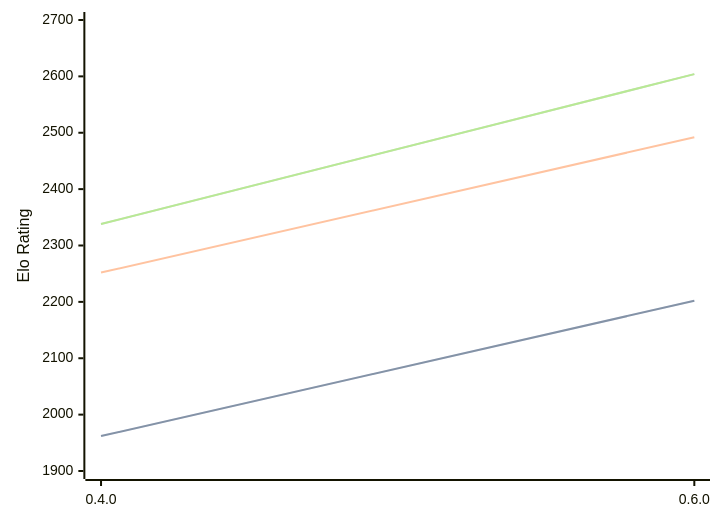
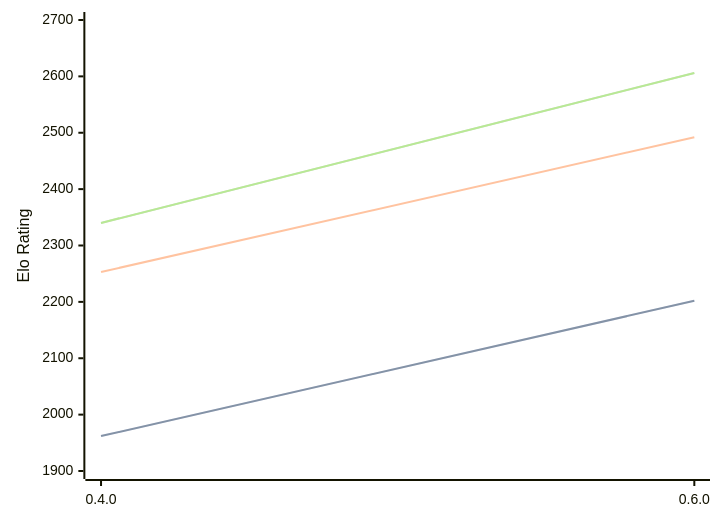
One commit to computer-chess-index/cci changed the diagram in engines/Ariadne.md. Above: the diagram before and after it, drawn with Mermaid. The commit also changed other lines of this file, not shown here.

Commit message:
Update CCI Ratings (ELO VLTC) - 2026-10-08

````diff
--- a/engines/Ariadne.md
+++ b/engines/Ariadne.md
@@ -36,11 +36,11 @@
 ```mermaid
 %%{init: {"theme":"base","themeVariables":{"seriesColors:['#a3a3a3','#222221','#faa371']}}}%%
 xychart-beta
   x-axis ["0.4.0", "0.6.0"]
   y-axis "Elo Rating" 1900 --> 2700
   line "" [1962, 2202]
   line "STC (8.0+0.08s)" [1962, 2202]
-  line "LTC (60.0+0.60s)" [2252, 2492]
-  line "" [2338, 2604]
-  line "VLTC (2m24s+1.12s)" [2338, 2604]
+  line "LTC (60.0+0.60s)" [2253, 2492]
+  line "" [2340, 2606]
+  line "VLTC (2m24s+1.12s)" [2340, 2606]
 ```
````
